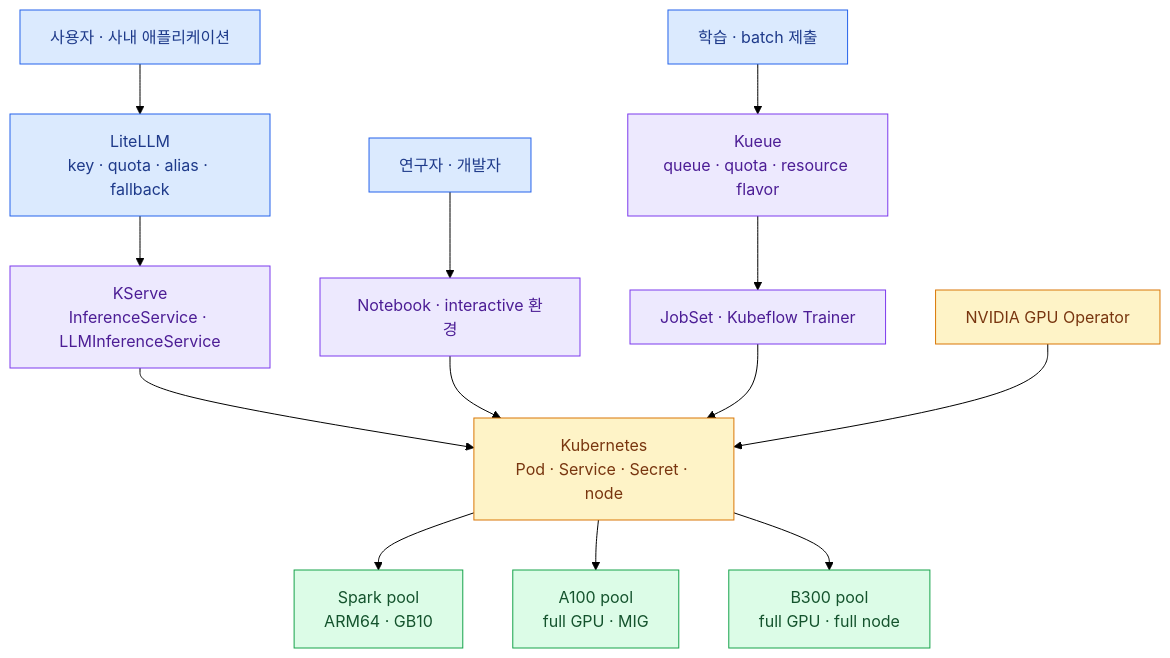
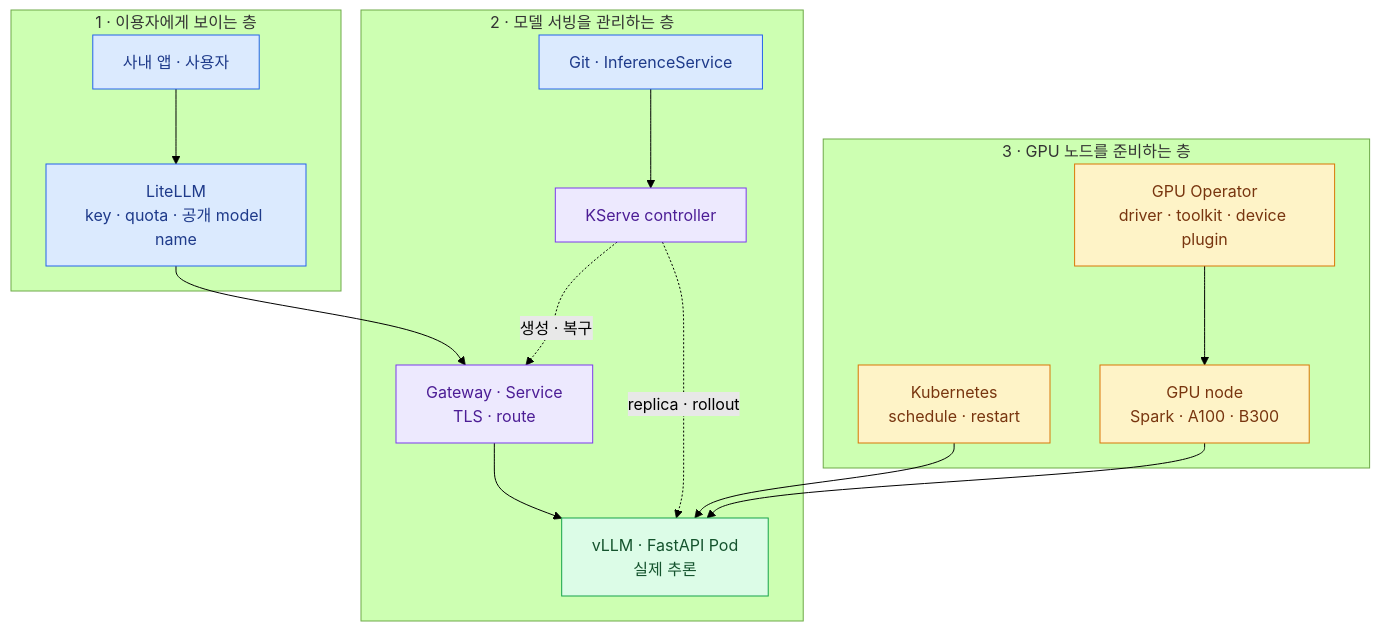
The diagram in src/content/docs/gpu-platform/index.mdx (mechurak/study-starlight), drawn with Mermaid (forest theme) before and after one commit. The commit also changed other lines of this file and 20 other files, not shown here.

Commit message:
docs: refocus gpu platform deck on inference

````diff
--- a/src/content/docs/gpu-platform/index.mdx
+++ b/src/content/docs/gpu-platform/index.mdx
@@ -18,25 +16,27 @@
 ```mermaid
 flowchart TB
-    USER["사용자 · 사내 애플리케이션"] --> LITE["LiteLLM<br/>key · quota · alias · fallback"]
-    LITE --> KS["KServe<br/>InferenceService · LLMInferenceService"]
-    DEV["연구자 · 개발자"] --> NOTE["Notebook · interactive 환경"]
-    JOB["학습 · batch 제출"] --> KQ["Kueue<br/>queue · quota · resource flavor"]
-    KQ --> DIST["JobSet · Kubeflow Trainer"]
+    subgraph use["1 · 이용자에게 보이는 층"]
+        APP["사내 앱 · 사용자"] --> LITE["LiteLLM<br/>key · quota · 공개 model name"]
+    end
+    subgraph serve["2 · 모델 서빙을 관리하는 층"]
+        LITE --> GW["Gateway · Service<br/>TLS · route"]
+        GW --> MODEL["vLLM · FastAPI Pod<br/>실제 추론"]
+        KS["KServe controller"] -. "생성 · 복구" .-> GW
+        KS -. "replica · rollout" .-> MODEL
+        GIT["Git · InferenceService"] --> KS
+    end
+    subgraph infra["3 · GPU 노드를 준비하는 층"]
+        K8S["Kubernetes<br/>schedule · restart"] --> MODEL
+        OP["GPU Operator<br/>driver · toolkit · device plugin"] --> GPU["GPU node<br/>Spark · A100 · B300"]
+        GPU --> MODEL
+    end
 
-    KS --> K8S["Kubernetes<br/>Pod · Service · Secret · node"]
-    NOTE --> K8S
-    DIST --> K8S
-    OP["NVIDIA GPU Operator"] --> K8S
-    K8S --> SPARK["Spark pool<br/>ARM64 · GB10"]
-    K8S --> A100["A100 pool<br/>full GPU · MIG"]
-    K8S --> B300["B300 pool<br/>full GPU · full node"]
-
-    classDef key  fill:#dbeafe,stroke:#2563eb,color:#1e3a8a
+    classDef key fill:#dbeafe,stroke:#2563eb,color:#1e3a8a
     classDef zone fill:#ede9fe,stroke:#7c3aed,color:#4c1d95
-    classDef ok   fill:#dcfce7,stroke:#16a34a,color:#14532d
+    classDef ok fill:#dcfce7,stroke:#16a34a,color:#14532d
     classDef warn fill:#fef3c7,stroke:#d97706,color:#78350f
-    class USER,LITE,DEV,JOB key
-    class KS,KQ,DIST,NOTE zone
-    class OP,K8S warn
-    class SPARK,A100,B300 ok
+    class APP,LITE,GIT key
+    class KS,GW zone
+    class MODEL ok
+    class K8S,OP,GPU warn
 ```
````
